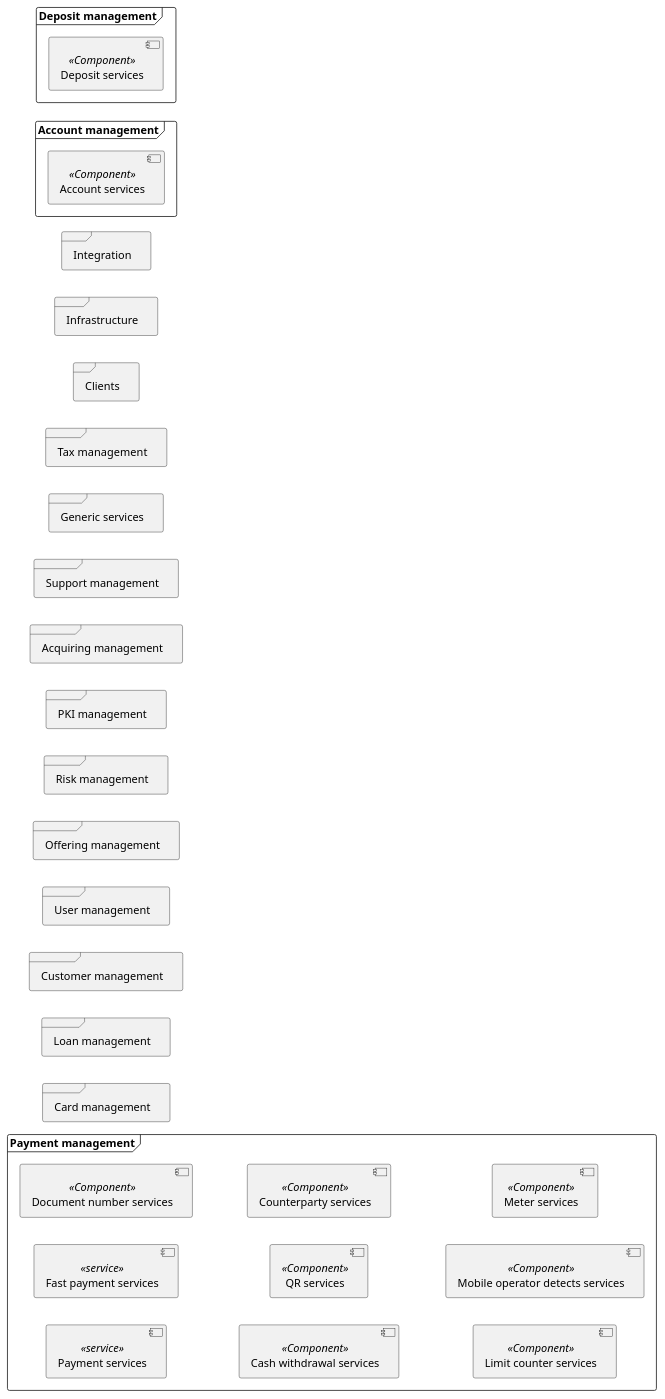
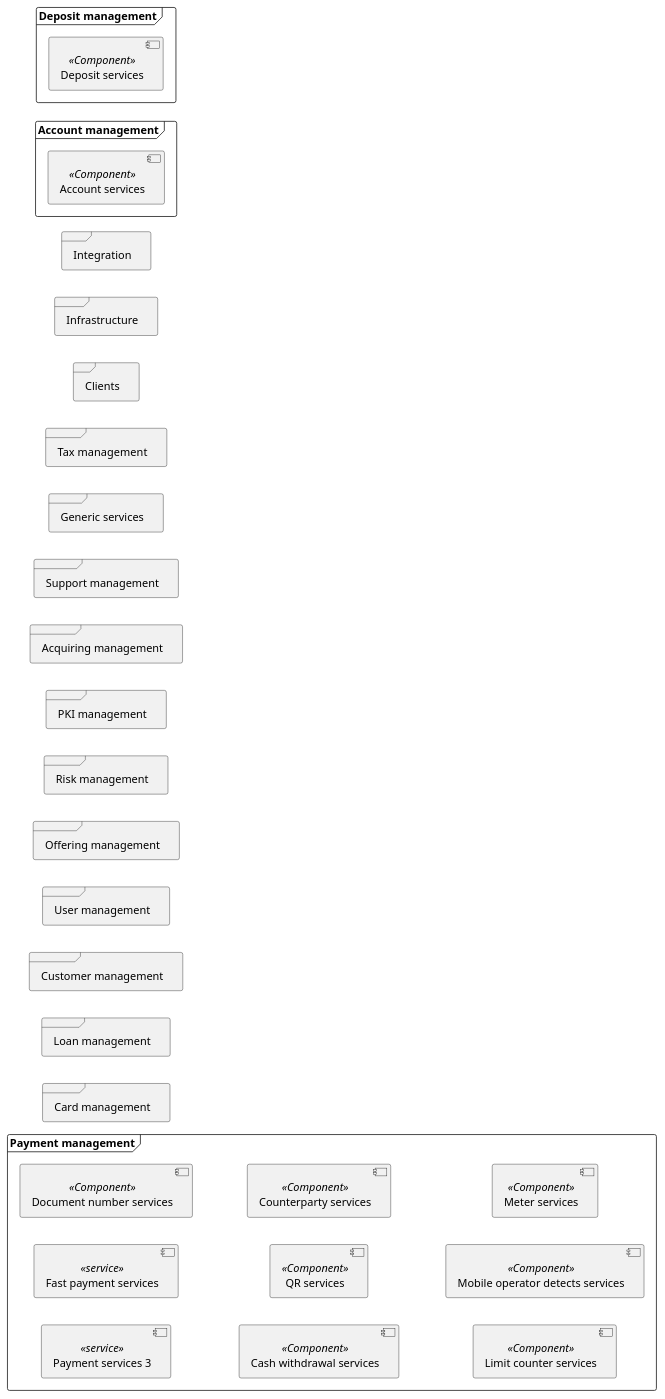
One commit to RaikBitters/ibank-library changed the diagram in components/.components.puml. Above: the diagram before and after it, drawn with PlantUML.

```diff
--- a/components/.components.puml
+++ b/components/.components.puml
@@ -1,84 +1,84 @@
 @startuml components-library
 
 left to right direction
 
 frame "Payment management" {
-    component "Payment services" as Payment <<service>>
+    component "Payment services 3" as Payment <<service>>
     component "Fast payment services" as FastPayment <<service>>
     component "Document number services" as DocumentNumber <<Component>>
     component "Cash withdrawal services" as CashWithdrawal <<Component>>
     component "QR services" as QR <<Component>>
     component "Counterparty services" as Counterparty <<Component>>
     component "Limit counter services" as LimitCounter <<Component>>
     component "Mobile operator detects services" as MobileOperatorDetects <<Component>>
     component "Meter services" as Meter <<Component>>
 }
 
 frame "Account management" {
     component "Account services" as Account <<Component>>
 }
 
 frame "Deposit management" {
     component "Deposit services" as Deposit <<Component>>
 }
 
 frame "Card management" {
     
 }
 
 frame "Loan management" {
     
 }
 
 frame "Customer management" {
     
 }
 
 frame "User management" {
 
 }
 
 frame "Offering management" {
 
 }
 
 frame "Risk management" {
 
 }
 
 frame "PKI management" {
 
 }
 
 frame "Acquiring management" {
 
 }
 
 frame "Support management" {
 
 }
 
 frame "Generic services" {
 
 }
 
 frame "Tax management" {
 
 }
 
 
 'Technical layer
 
 frame "Clients" {
 
 }
 
 frame "Infrastructure" {
 
 }
 
 frame "Integration" {
 
 }
 
 @enduml
```
